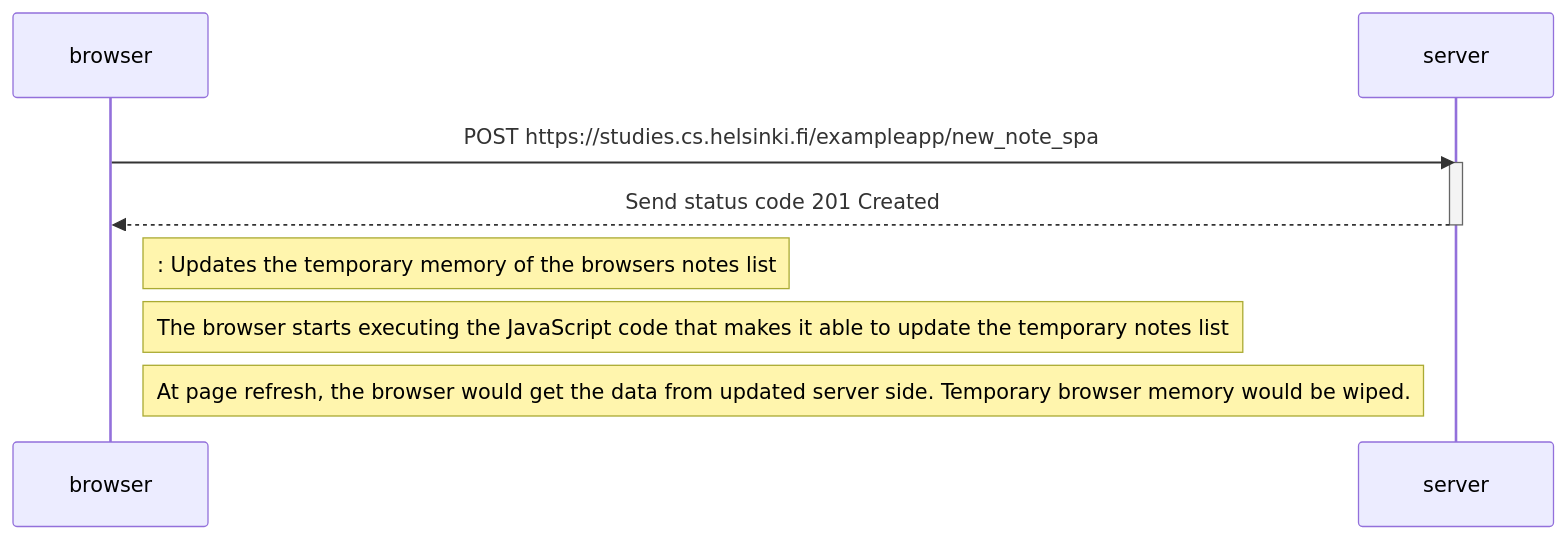
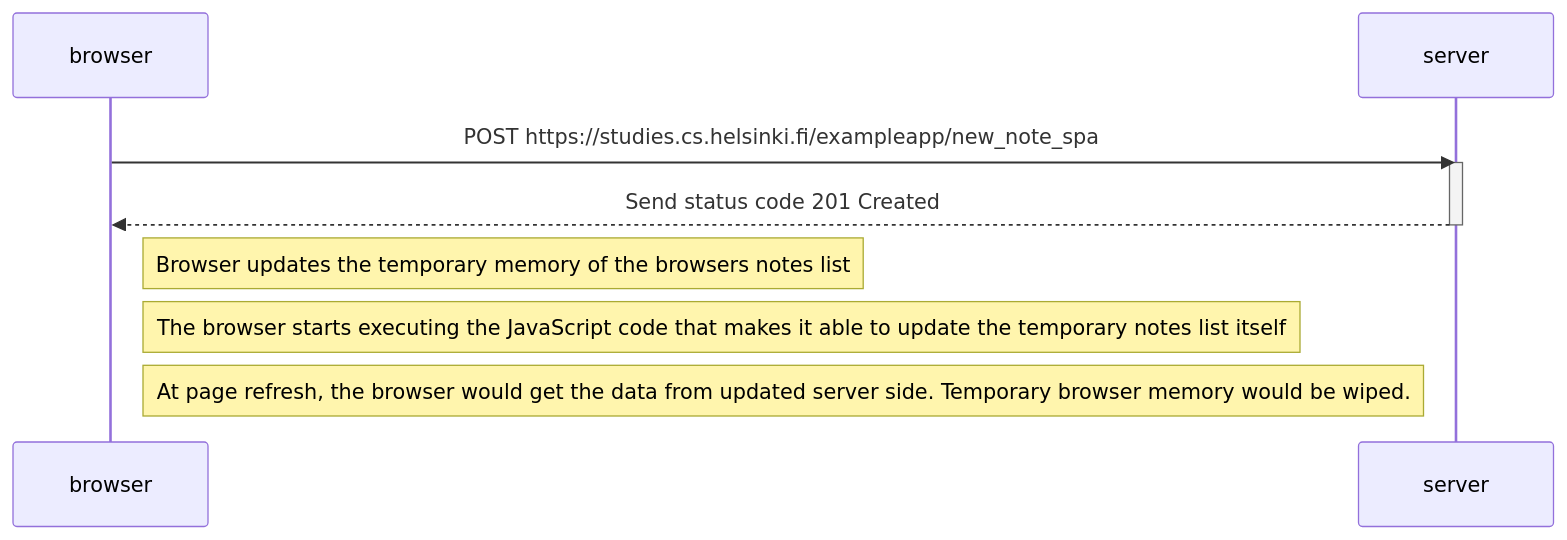
One commit to Heiguli/full_stack_online_course changed the diagram in exercise0/exercise0_6.md. Above: the diagram before and after it, drawn with Mermaid.

Commit message:
Fix typos in exercise0_6.md notes

````diff
--- a/exercise0/exercise0_6.md
+++ b/exercise0/exercise0_6.md
@@ -1,18 +1,18 @@
 ```mermaid
 
 sequenceDiagram
     participant browser
     participant server
 
     browser->>server: POST https://studies.cs.helsinki.fi/exampleapp/new_note_spa
     activate server
     server-->>browser: Send status code 201 Created
     deactivate server
     
-    Note right of browser:: Updates the temporary memory of the browsers notes list
+    Note right of browser: Browser updates the temporary memory of the browsers notes list
     
-    Note right of browser: The browser starts executing the JavaScript code that makes it able to update the temporary notes list 
+    Note right of browser: The browser starts executing the JavaScript code that makes it able to update the temporary notes list itself
     
     Note right of browser: At page refresh, the browser would get the data from updated server side. Temporary browser memory would be wiped.
 
 ```
````
